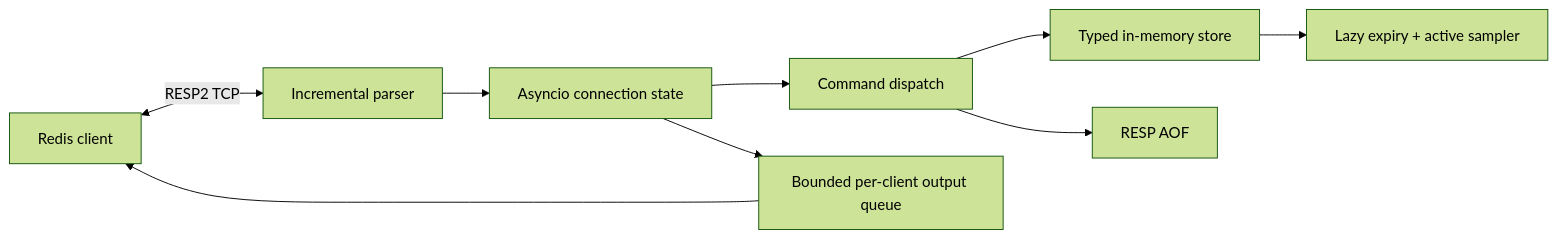
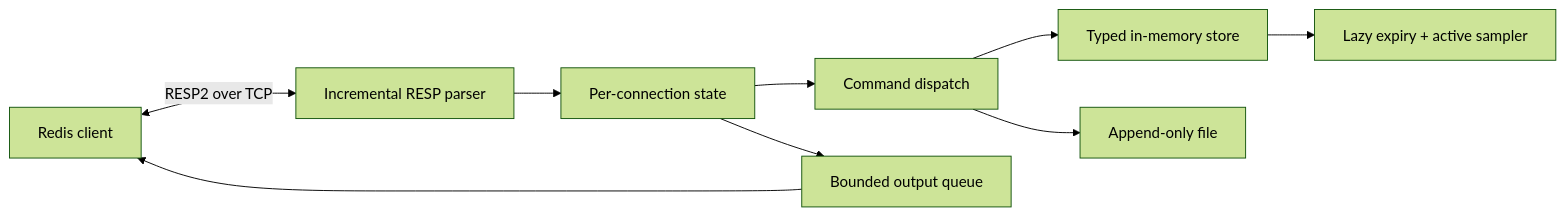
The diagram in README.md (varunsahu258/minikv), drawn with Mermaid (forest theme) before and after one commit. The commit also changed other lines of this file, not shown here.

````diff
--- a/README.md
+++ b/README.md
@@ -27,11 +55,11 @@
 ```mermaid
 flowchart LR
-  C[Redis client] <-->|RESP2 TCP| P[Incremental parser]
-  P --> S[Asyncio connection state]
+  C[Redis client] <-->|RESP2 over TCP| P[Incremental RESP parser]
+  P --> S[Per-connection state]
   S --> D[Command dispatch]
   D --> K[Typed in-memory store]
-  D --> A[RESP AOF]
+  D --> A[Append-only file]
   K --> E[Lazy expiry + active sampler]
-  S --> Q[Bounded per-client output queue]
+  S --> Q[Bounded output queue]
   Q --> C
 ```
````
